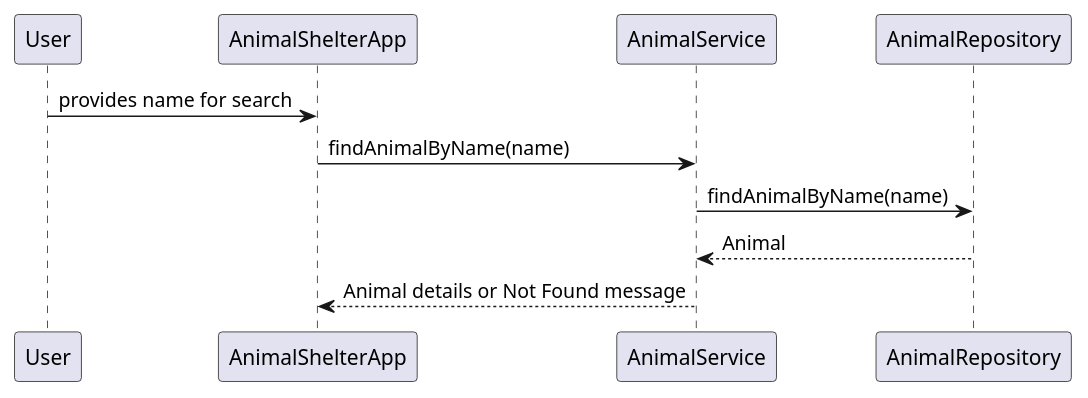
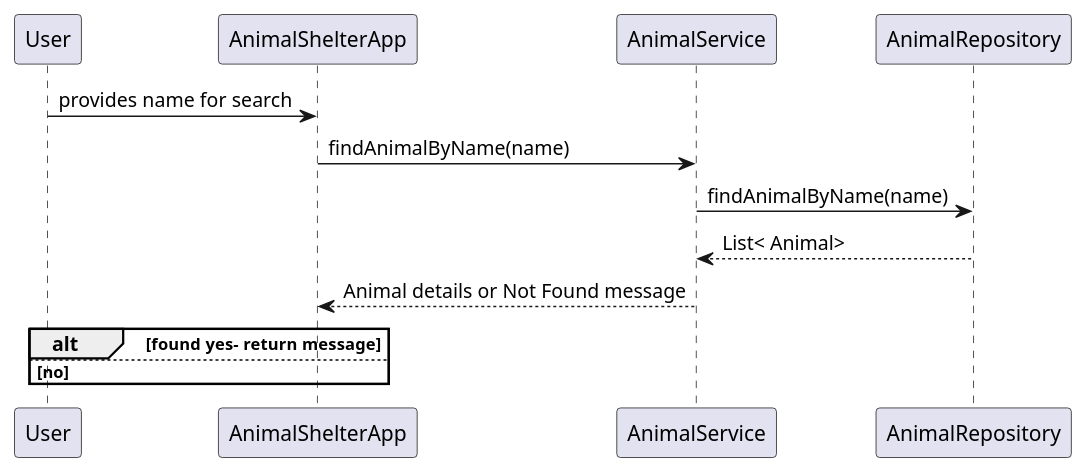
The diagram in src/main/java/analysis/sequence_findanimalByName.puml (9elmaz9/AnimalShelterTest), drawn with PlantUML before and after one commit. The commit also changed other lines of this file and 14 other files, not shown here.

```diff
--- a/src/main/java/analysis/sequence_findanimalByName.puml
+++ b/src/main/java/analysis/sequence_findanimalByName.puml
@@ -3,8 +3,11 @@
 @startuml
 
 User -> AnimalShelterApp : provides name for search
 AnimalShelterApp -> AnimalService : findAnimalByName(name)
 AnimalService -> AnimalRepository : findAnimalByName(name)
-AnimalService <-- AnimalRepository : Animal
+AnimalService <-- AnimalRepository :List< Animal>
 AnimalShelterApp <-- AnimalService : Animal details or Not Found message
+alt found  yes- return message
+else  no
+end
 @enduml
```
